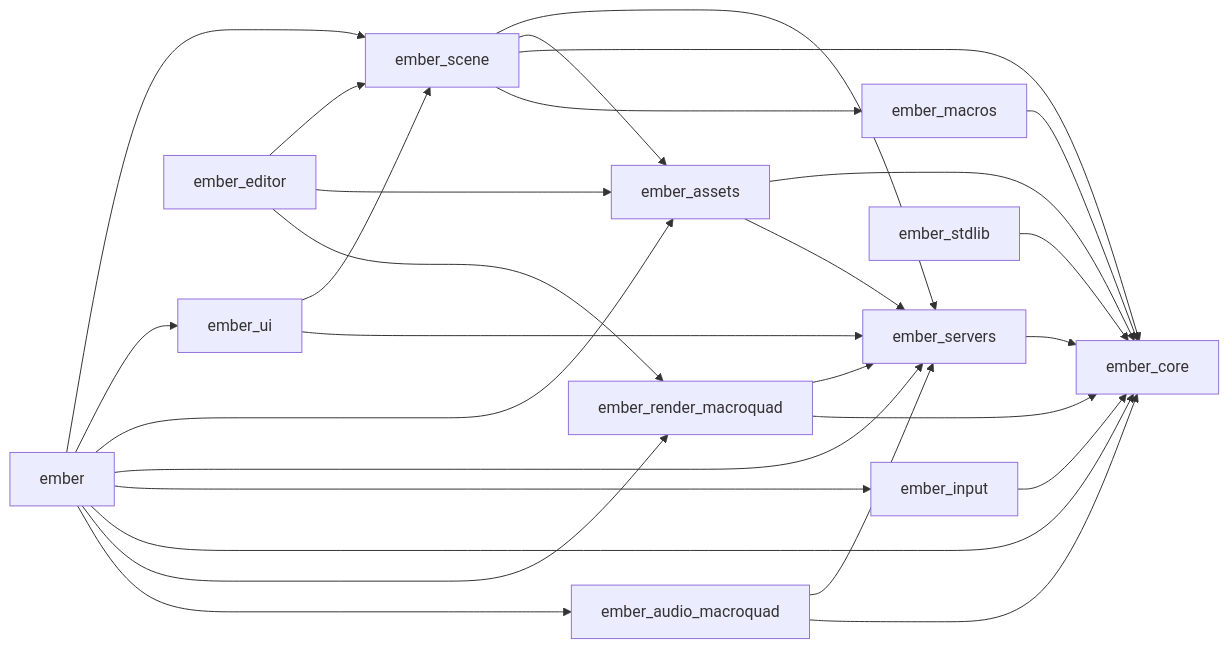
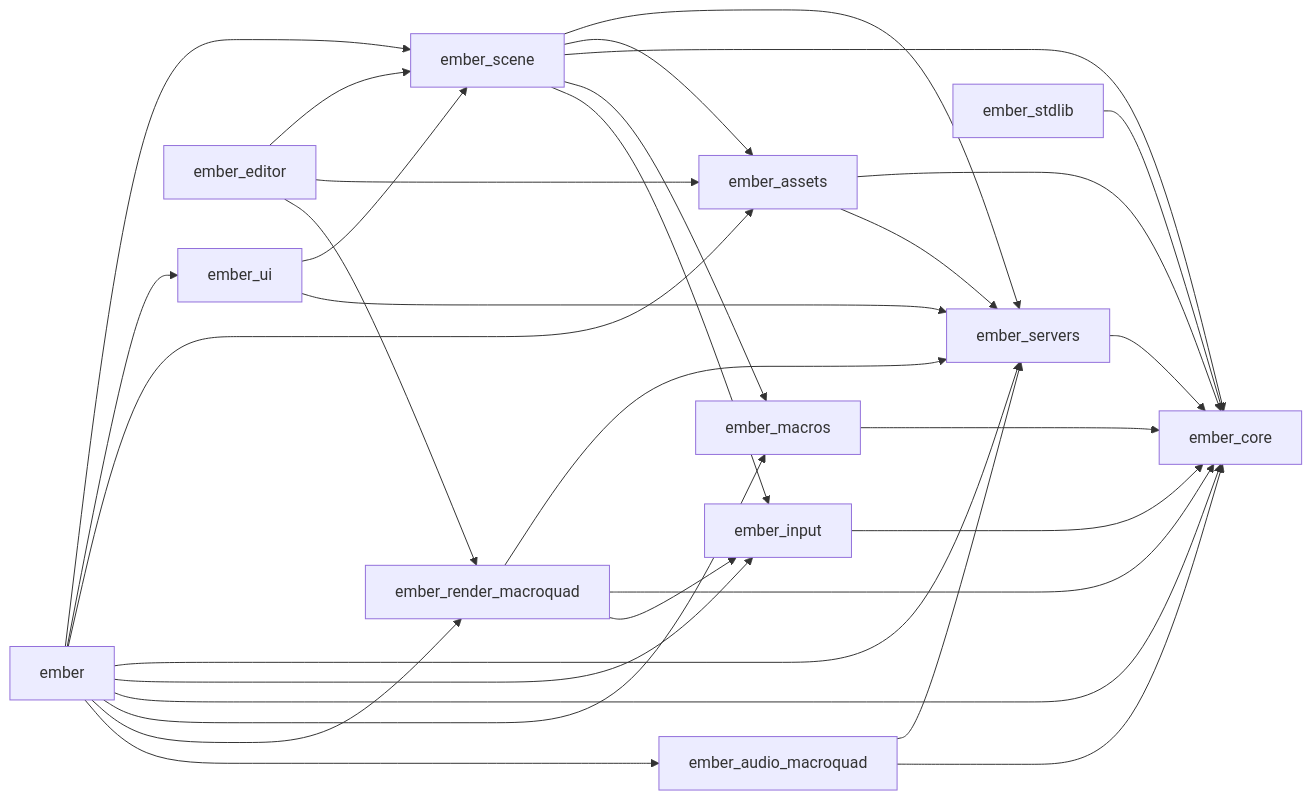
One commit to titouanthd/ember changed the second of 4 diagrams in docs/engine/v0.1/01-architecture.md. Above: the diagram before and after it, drawn with Mermaid. The commit also changed other lines of this file and 23 other files, not shown here.

````diff
--- a/docs/engine/v0.1/01-architecture.md
+++ b/docs/engine/v0.1/01-architecture.md
@@ -106,38 +107,41 @@
 ```mermaid
 flowchart LR
     ember --> ember_scene
     ember --> ember_ui
     ember --> ember_assets
     ember --> ember_servers
     ember --> ember_input
     ember --> ember_core
+    ember --> ember_macros
     ember --> ember_render_macroquad
     ember --> ember_audio_macroquad
 
     ember_editor --> ember_scene
     ember_editor --> ember_assets
     ember_editor --> ember_render_macroquad
 
     ember_scene --> ember_servers
     ember_scene --> ember_assets
     ember_scene --> ember_core
     ember_scene --> ember_macros
+    ember_scene --> ember_input
 
     ember_ui --> ember_scene
     ember_ui --> ember_servers
 
     ember_assets --> ember_core
     ember_assets --> ember_servers
 
     ember_input --> ember_core
 
     ember_render_macroquad --> ember_servers
     ember_audio_macroquad --> ember_servers
     ember_render_macroquad --> ember_core
+    ember_render_macroquad --> ember_input
     ember_audio_macroquad --> ember_core
 
     ember_servers --> ember_core
     ember_macros --> ember_core
 
     ember_stdlib --> ember_core
 ```
````
